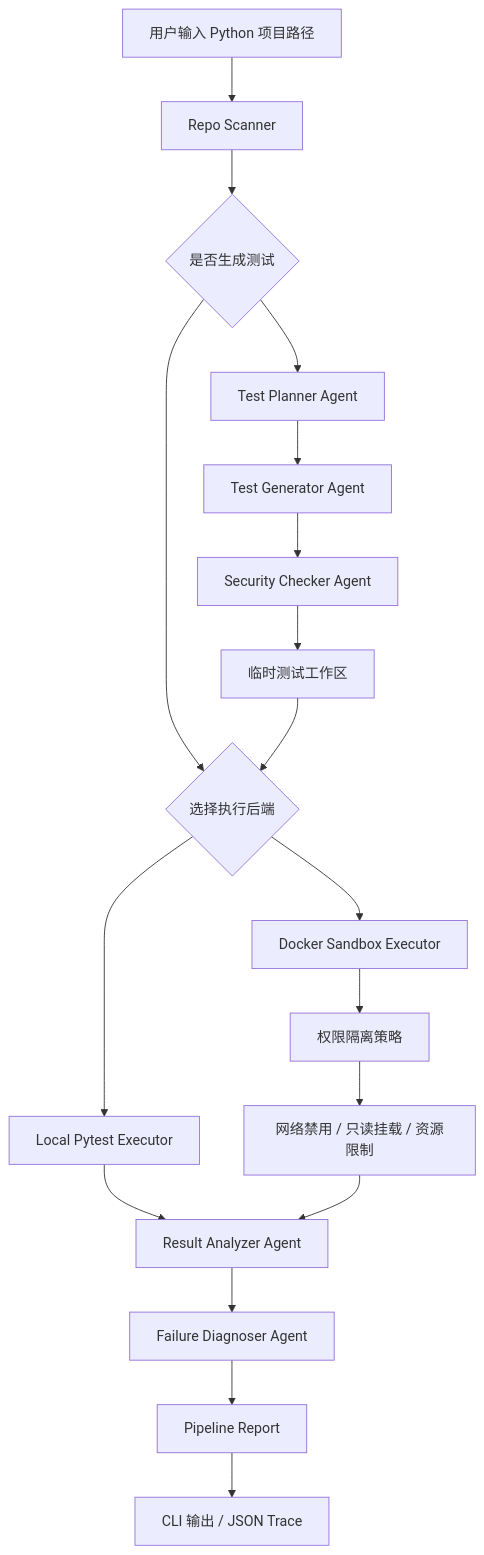
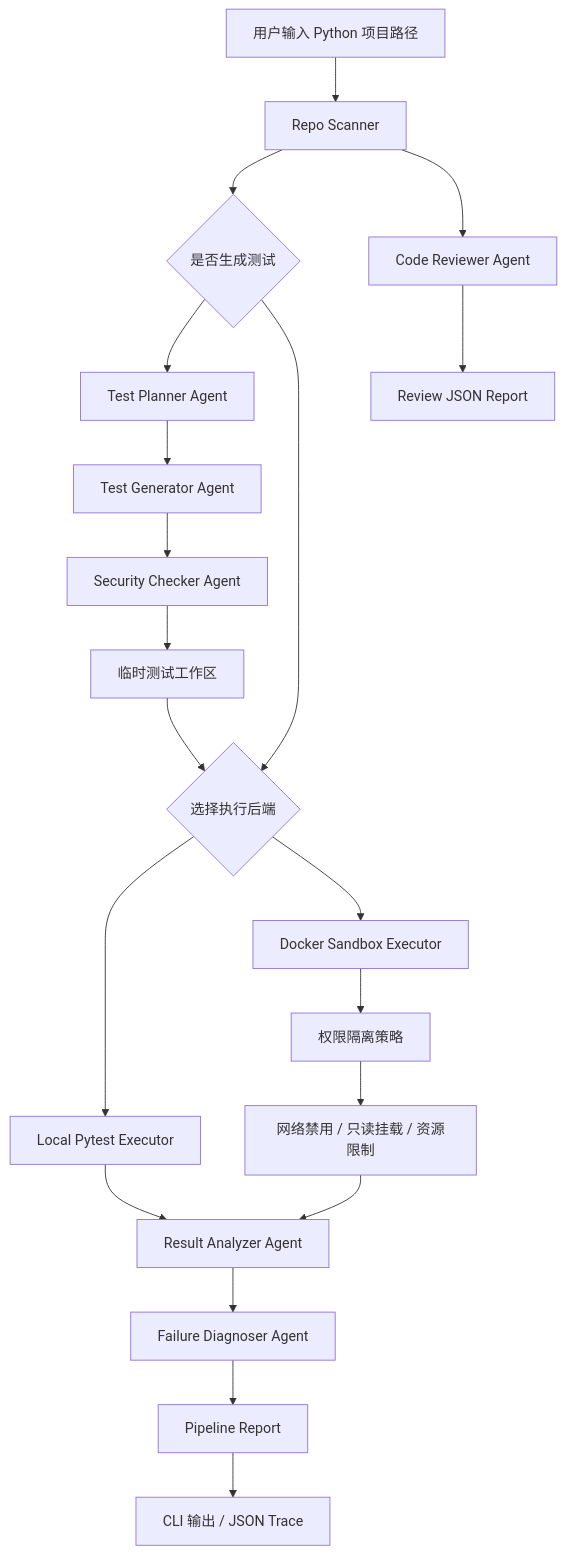
Before and after one commit to Isaacsen/cs599-project: the diagram in docs/CS599_大作业报告.md, drawn with Mermaid. The commit also changed other lines of this file and 13 other files, not shown here.

Commit message:
Add code review agent

````diff
--- a/docs/CS599_大作业报告.md
+++ b/docs/CS599_大作业报告.md
@@ -97,20 +103,22 @@
 ```mermaid
 flowchart TD
     A["用户输入 Python 项目路径"] --> B["Repo Scanner"]
     B --> C{"是否生成测试"}
     C --> D["Test Planner Agent"]
     D --> E["Test Generator Agent"]
     E --> P["Security Checker Agent"]
     P --> N["临时测试工作区"]
     C --> F{"选择执行后端"}
     N --> F
     F --> G["Local Pytest Executor"]
     F --> H["Docker Sandbox Executor"]
     H --> I["权限隔离策略"]
     I --> J["网络禁用 / 只读挂载 / 资源限制"]
     G --> K["Result Analyzer Agent"]
     J --> K
     K --> O["Failure Diagnoser Agent"]
     O --> L["Pipeline Report"]
     L --> M["CLI 输出 / JSON Trace"]
+    B --> Q["Code Reviewer Agent"]
+    Q --> R["Review JSON Report"]
 ```
````
